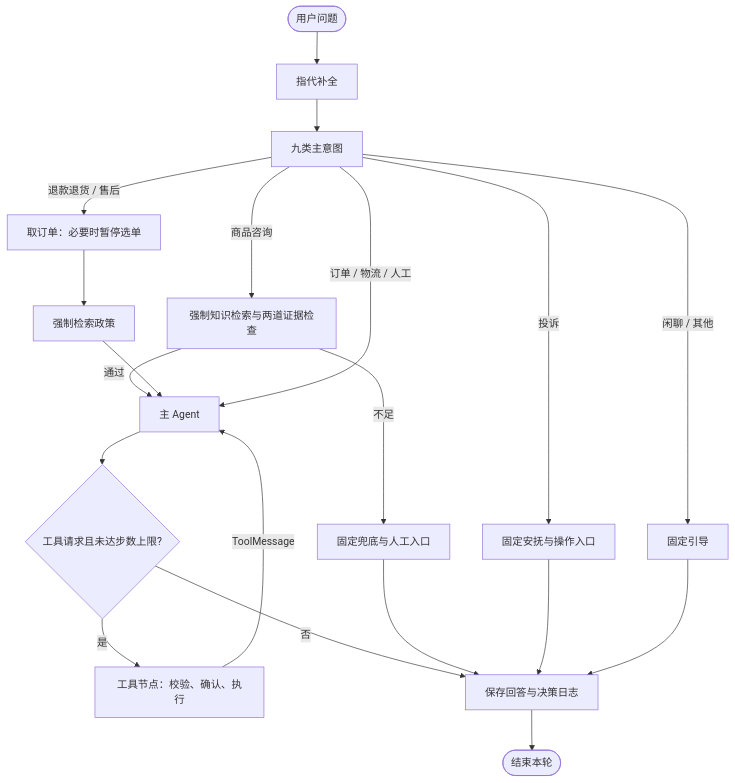
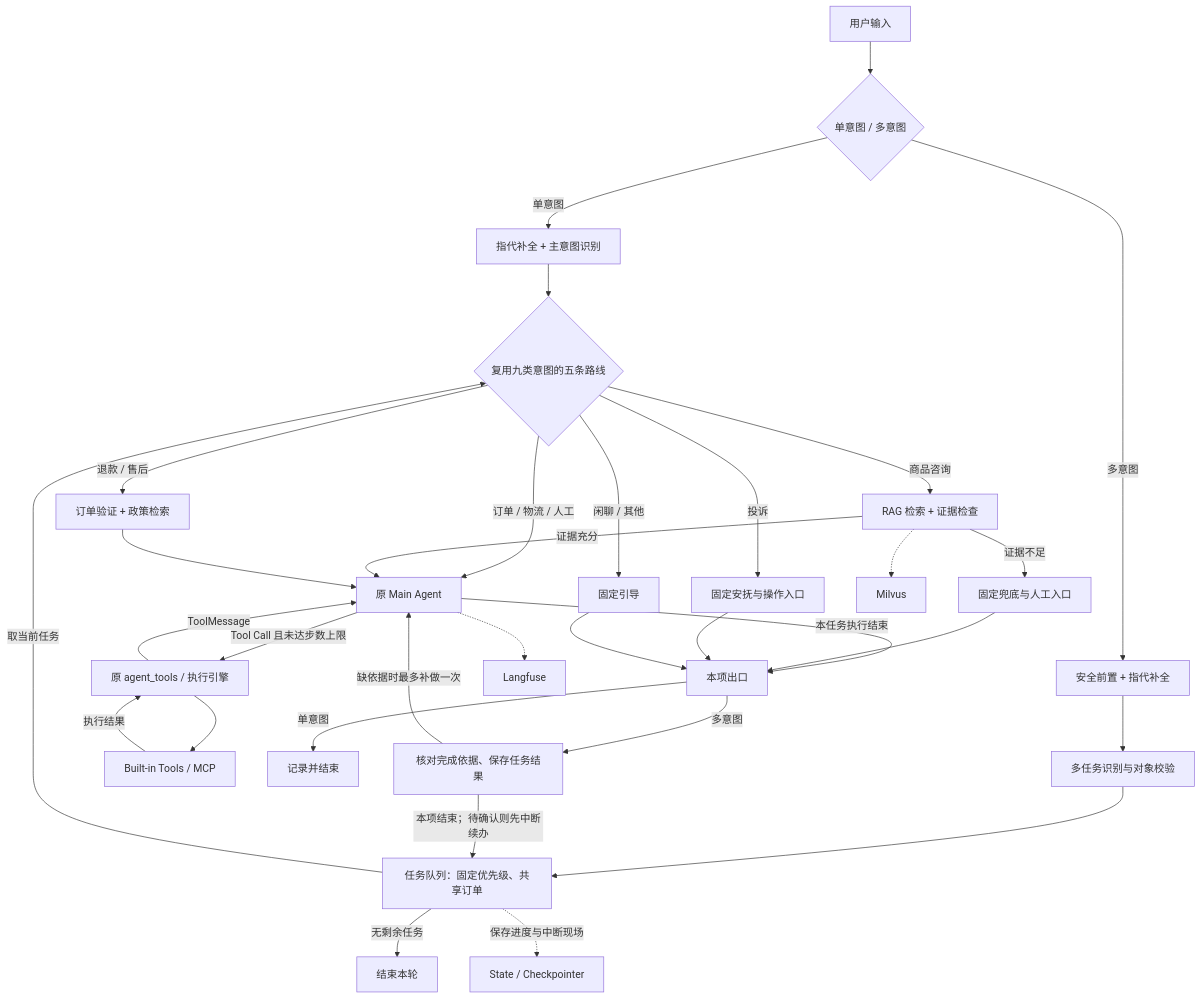
Before and after one commit to Orange-ui0811/caremate: the diagram in README.md, drawn with Mermaid. The commit also changed other lines of this file, not shown here.

Commit message:
docs: base branch README on current main with concise scheduler additions

````diff
--- a/README.md
+++ b/README.md
@@ -69,20 +33,38 @@
 ```mermaid
 flowchart TD
-    Q([用户问题]) --> R[指代补全] --> I[九类主意图]
-    I -->|商品咨询| K[强制知识检索与两道证据检查]
-    K -->|通过| A[主 Agent]
-    K -->|不足| F[固定兜底与人工入口]
-    I -->|退款退货 / 售后| O[取订单：必要时暂停选单]
-    O --> P[强制检索政策] --> A
-    I -->|订单 / 物流 / 人工| A
-    I -->|投诉| C[固定安抚与操作入口]
-    I -->|闲聊 / 其他| S[固定引导]
-    A --> D{工具请求且未达步数上限?}
-    D -->|是| T[工具节点：校验、确认、执行]
-    T -->|ToolMessage| A
-    D -->|否| L[保存回答与决策日志]
-    F --> L
-    C --> L
-    S --> L
-    L --> E([结束本轮])
+    U["用户输入"] --> M{"单意图 / 多意图"}
+    M -->|单意图| C["指代补全 + 主意图识别"]
+    M -->|多意图| MC["安全前置 + 指代补全"]
+    MC --> PLAN["多任务识别与对象校验"]
+    PLAN --> Q["任务队列：固定优先级、共享订单"]
+    C --> I{"复用九类意图的五条路线"}
+    Q -->|取当前任务| I
+    Q -->|无剩余任务| ENDNODE["结束本轮"]
+
+    I -->|商品咨询| K["RAG 检索 + 证据检查"]
+    I -->|退款 / 售后| P["订单验证 + 政策检索"]
+    I -->|订单 / 物流 / 人工| A["原 Main Agent"]
+    I -->|投诉| CR["固定安抚与操作入口"]
+    I -->|闲聊 / 其他| S["固定引导"]
+
+    K -->|证据充分| A
+    K -->|证据不足| F["固定兜底与人工入口"]
+    P --> A
+
+    A -->|Tool Call 且未达步数上限| E["原 agent_tools / 执行引擎"]
+    E -->|ToolMessage| A
+    E --> T["Built-in Tools / MCP"]
+    T -->|执行结果| E
+    A -->|本任务执行结束| O["本项出口"]
+    F --> O
+    CR --> O
+    S --> O
+    O -->|单意图| LOG["记录并结束"]
+    O -->|多意图| REVIEW["核对完成依据、保存任务结果"]
+    REVIEW -->|缺依据时最多补做一次| A
+    REVIEW -->|本项结束；待确认则先中断续办| Q
+
+    K -.-> V["Milvus"]
+    A -.-> LF["Langfuse"]
+    Q -.保存进度与中断现场.-> CP["State / Checkpointer"]
 ```
````
